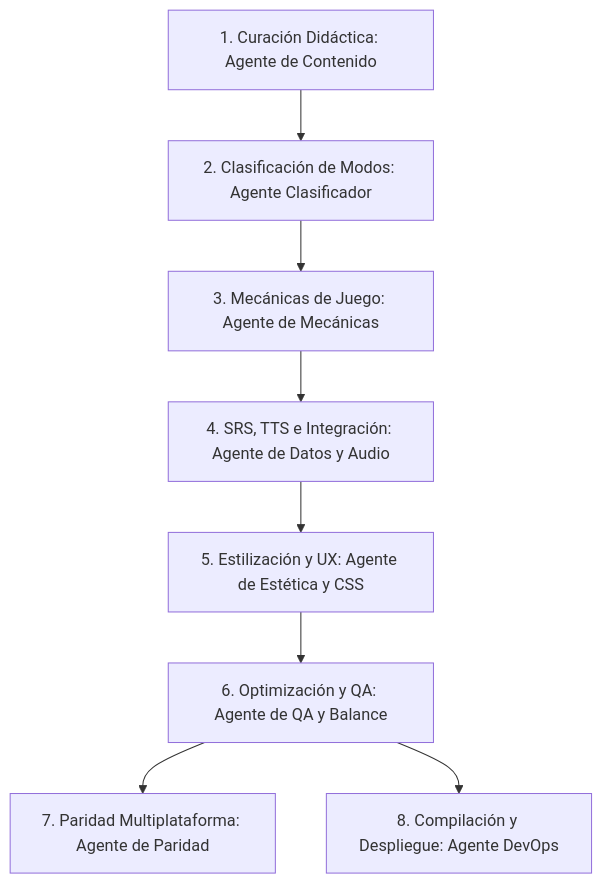
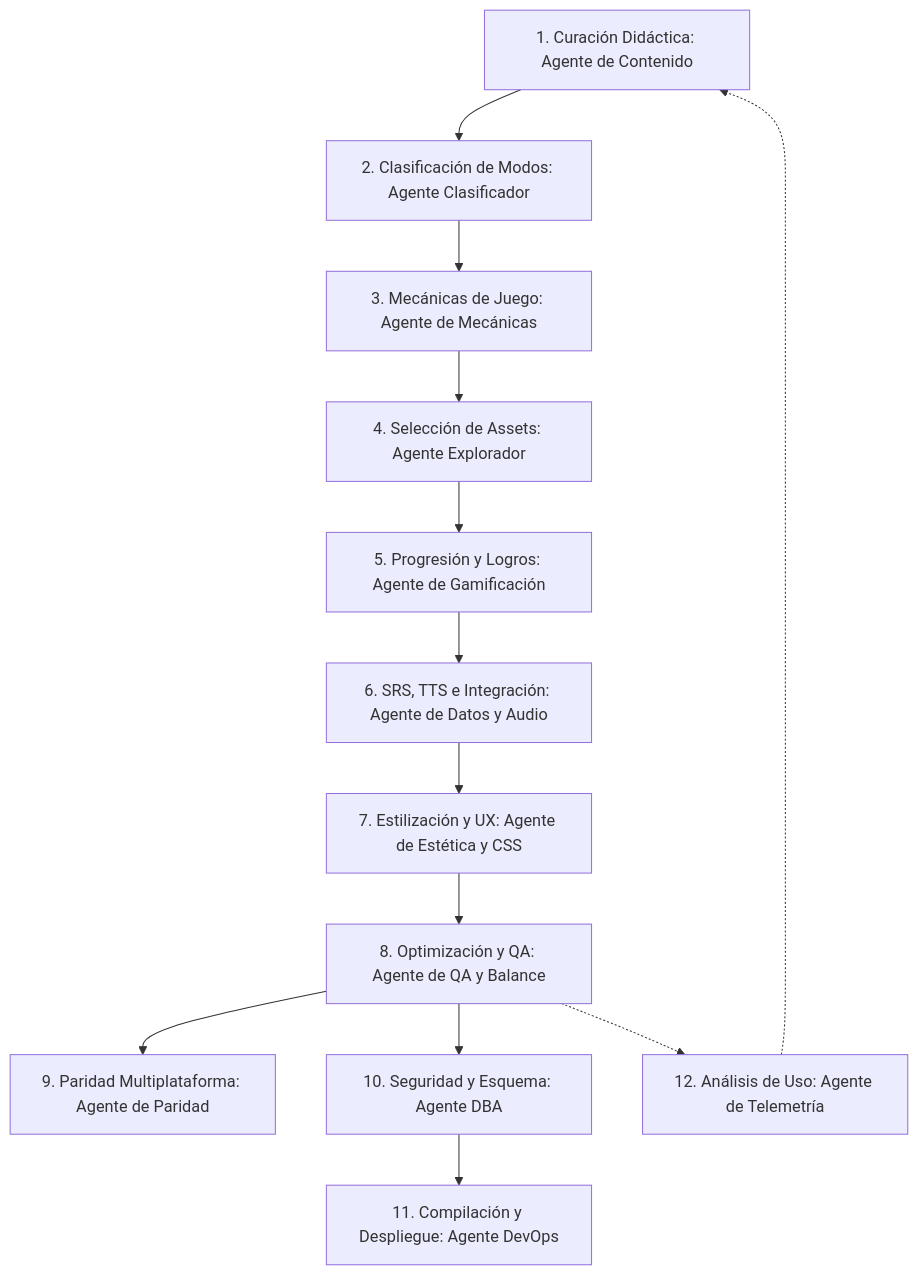
The diagram in planning/agents/README.md (AkkarinRothen/EstudiAppweb), drawn with Mermaid before and after one commit. The commit also changed other lines of this file and 10 other files, not shown here.

Commit message:
feat: implement core storage module, Supabase synchronization architecture, and UI auth portal

````diff
--- a/planning/agents/README.md
+++ b/planning/agents/README.md
@@ -59,10 +75,15 @@
 ```mermaid
 graph TD
     A[1. Curación Didáctica: Agente de Contenido] --> H[2. Clasificación de Modos: Agente Clasificador]
     H --> B[3. Mecánicas de Juego: Agente de Mecánicas]
-    B --> C[4. SRS, TTS e Integración: Agente de Datos y Audio]
-    C --> D[5. Estilización y UX: Agente de Estética y CSS]
-    D --> E[6. Optimización y QA: Agente de QA y Balance]
-    E --> F[7. Paridad Multiplataforma: Agente de Paridad]
-    E --> G[8. Compilación y Despliegue: Agente DevOps]
+    B --> J[4. Selección de Assets: Agente Explorador]
+    J --> K[5. Progresión y Logros: Agente de Gamificación]
+    K --> C[6. SRS, TTS e Integración: Agente de Datos y Audio]
+    C --> D[7. Estilización y UX: Agente de Estética y CSS]
+    D --> E[8. Optimización y QA: Agente de QA y Balance]
+    E --> F[9. Paridad Multiplataforma: Agente de Paridad]
+    E --> L[10. Seguridad y Esquema: Agente DBA]
+    L --> G[11. Compilación y Despliegue: Agente DevOps]
+    E -.-> I[12. Análisis de Uso: Agente de Telemetría]
+    I -.-> A
 ```
````
